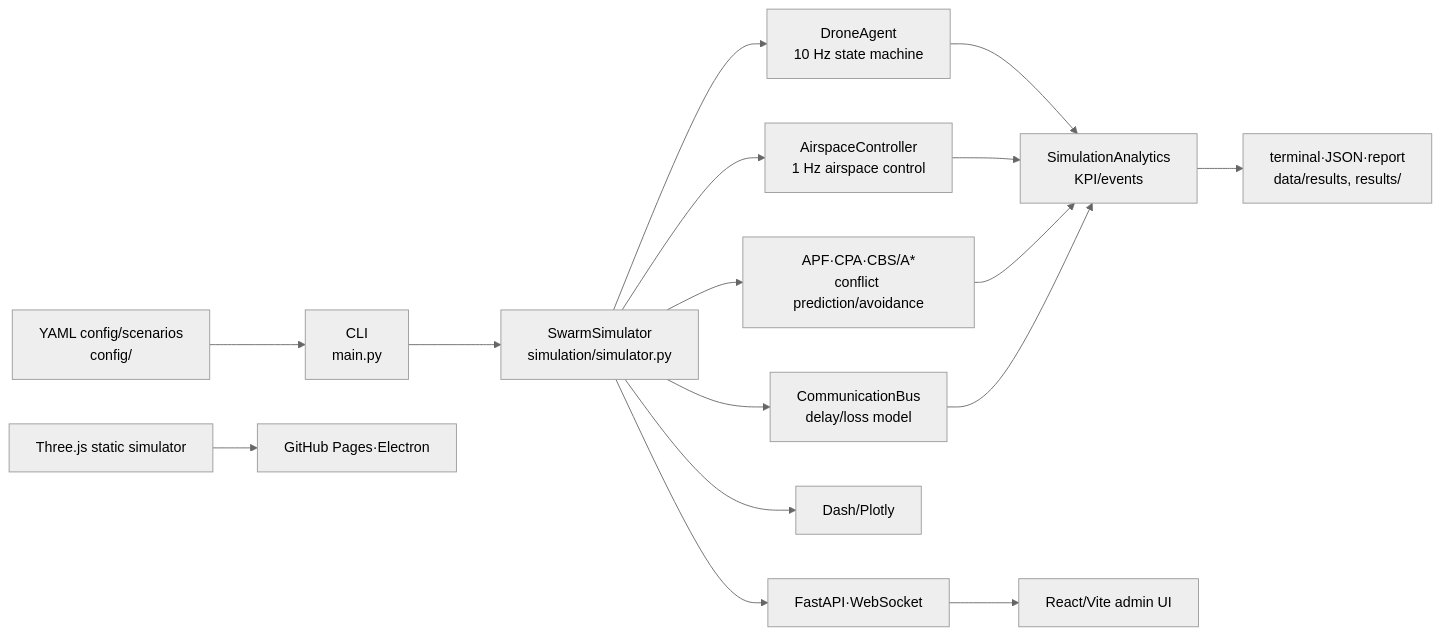
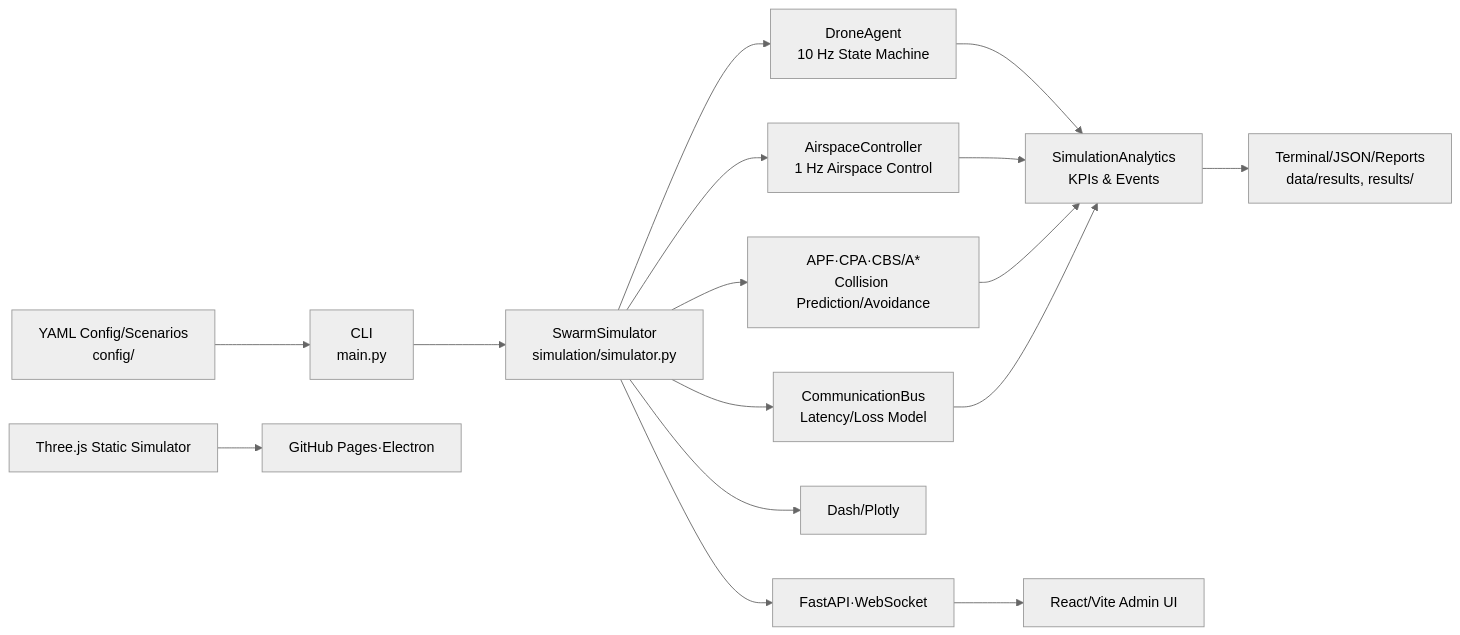
One commit to sun475300-sudo/swarm-drone-atc changed the diagram in README.en.md. Above: the diagram before and after it, drawn with Mermaid (neutral theme). The commit also changed other lines of this file and 1 other file, not shown here.

````diff
--- a/README.en.md
+++ b/README.en.md
@@ -101,18 +90,18 @@
 ```mermaid
 flowchart LR
-    CFG["YAML config/scenarios<br/>config/"] --> CLI["CLI<br/>main.py"]
+    CFG["YAML Config/Scenarios<br/>config/"] --> CLI["CLI<br/>main.py"]
     CLI --> SIM["SwarmSimulator<br/>simulation/simulator.py"]
-    SIM --> AGENT["DroneAgent<br/>10 Hz state machine"]
-    SIM --> CTRL["AirspaceController<br/>1 Hz airspace control"]
-    SIM --> APF["APF·CPA·CBS/A*<br/>conflict prediction/avoidance"]
-    SIM --> COMMS["CommunicationBus<br/>delay/loss model"]
-    AGENT --> ANALYTICS["SimulationAnalytics<br/>KPI/events"]
+    SIM --> AGENT["DroneAgent<br/>10 Hz State Machine"]
+    SIM --> CTRL["AirspaceController<br/>1 Hz Airspace Control"]
+    SIM --> APF["APF·CPA·CBS/A*<br/>Collision Prediction/Avoidance"]
+    SIM --> COMMS["CommunicationBus<br/>Latency/Loss Model"]
+    AGENT --> ANALYTICS["SimulationAnalytics<br/>KPIs & Events"]
     CTRL --> ANALYTICS
     APF --> ANALYTICS
     COMMS --> ANALYTICS
-    ANALYTICS --> OUT["terminal·JSON·report<br/>data/results, results/"]
+    ANALYTICS --> OUT["Terminal/JSON/Reports<br/>data/results, results/"]
     SIM --> DASH["Dash/Plotly"]
     SIM --> API["FastAPI·WebSocket"]
-    API --> REACT["React/Vite admin UI"]
-    WEB["Three.js static simulator"] --> PAGES["GitHub Pages·Electron"]
+    API --> REACT["React/Vite Admin UI"]
+    WEB["Three.js Static Simulator"] --> PAGES["GitHub Pages·Electron"]
 ```
````
